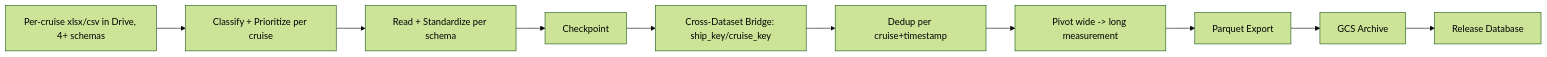
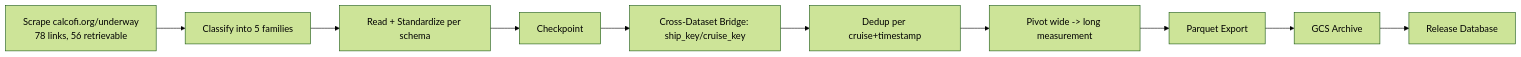
The diagram in ingest_calcofi_mets.qmd (CalCOFI/workflows), drawn with Mermaid (forest theme) before and after one commit. The commit also changed other lines of this file and 5 other files, not shown here.

First line of the commit message:
feat(mets): scrape the underway archive from calcofi.org

````diff
--- a/ingest_calcofi_mets.qmd
+++ b/ingest_calcofi_mets.qmd
@@ -69,12 +76,12 @@
 ```{mermaid}
 graph LR
-  A[Per-cruise xlsx/csv in Drive, 4+ schemas] --> B[Classify + Prioritize per cruise]
+  A[Scrape calcofi.org/underway<br/>78 links, 56 retrievable] --> B[Classify into 5 families]
   B --> C[Read + Standardize per schema]
   C --> D[Checkpoint]
   D --> E[Cross-Dataset Bridge: ship_key/cruise_key]
   E --> F[Dedup per cruise+timestamp]
   F --> G[Pivot wide -> long measurement]
   G --> H[Parquet Export]
   H --> I[GCS Archive]
   I --> J[Release Database]
 ```
````
